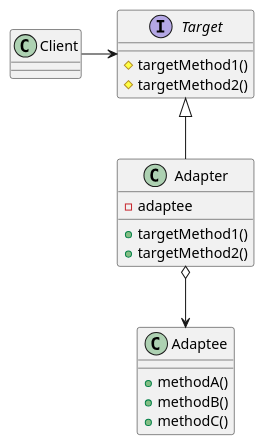
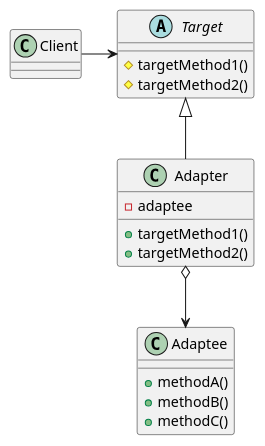
One commit to jsyang-dev/study-designpattern changed the diagram in src/me/study/pattern/adapter/Adapter2.puml. Above: the diagram before and after it, drawn with PlantUML. The commit also changed 1 other file, not shown here.

Commit message:
기능: 클래스 다이어그램 수정
* Adapter 패턴 클래스 다이어그램 수정

```diff
--- a/src/me/study/pattern/adapter/Adapter2.puml
+++ b/src/me/study/pattern/adapter/Adapter2.puml
@@ -1,24 +1,24 @@
 @startuml
 
 class Client {
 }
-interface Target {
+abstract class Target {
     #targetMethod1()
     #targetMethod2()
 }
 class Adapter {
     -adaptee
     +targetMethod1()
     +targetMethod2()
 }
 class Adaptee {
     +methodA()
     +methodB()
     +methodC()
 }
 
 Client -> Target
 Target <|-- Adapter
 Adapter o--> Adaptee
 
 @enduml
```
